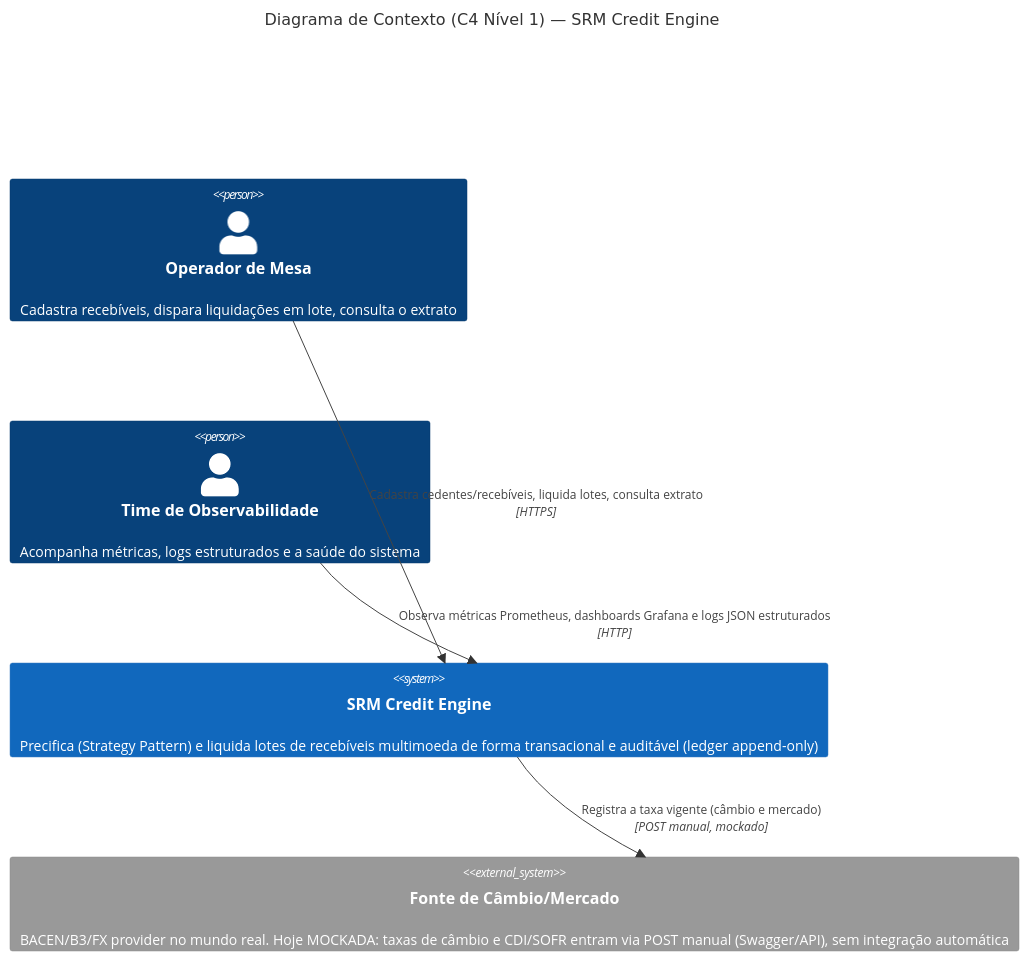
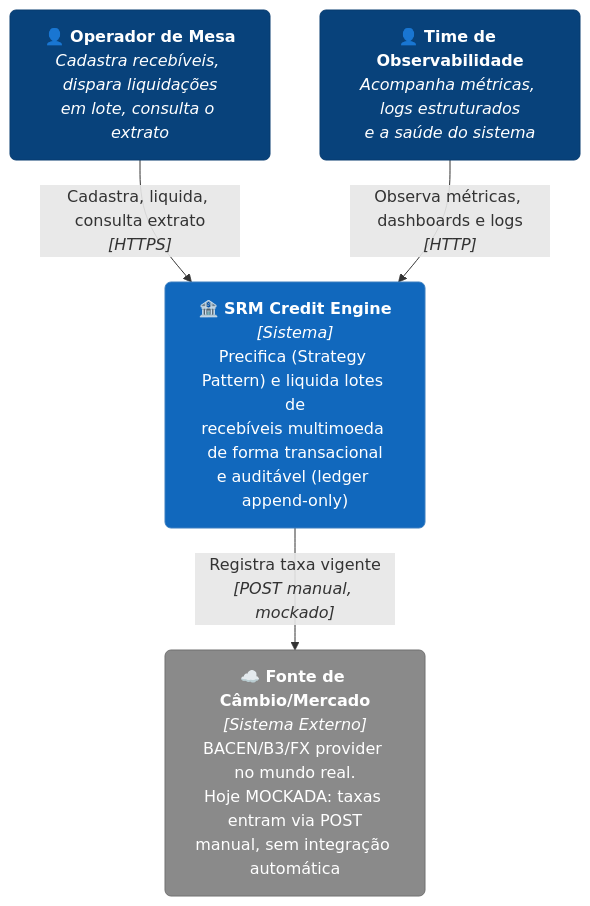
One commit to Narvaal/SRMCreditEngine changed the first of 2 diagrams in docs/diagrama-c4.md. Above: the diagram before and after it, drawn with Mermaid. The commit also changed other lines of this file, not shown here.

First line of the commit message:
docs: switch C4 diagrams from Mermaid's C4Context/C4Container to styled flowcharts

````diff
--- a/docs/diagrama-c4.md
+++ b/docs/diagrama-c4.md
@@ -11,15 +13,20 @@
 ```mermaid
-C4Context
-    title Diagrama de Contexto (C4 Nível 1) — SRM Credit Engine
+flowchart TB
+    operador["<b>👤 Operador de Mesa</b><br/><i>Cadastra recebíveis, dispara liquidações<br/>em lote, consulta o extrato</i>"]
+    sre["<b>👤 Time de Observabilidade</b><br/><i>Acompanha métricas, logs estruturados<br/>e a saúde do sistema</i>"]
 
-    Person(operador, "Operador de Mesa", "Cadastra recebíveis, dispara liquidações em lote, consulta o extrato")
-    Person(sre, "Time de Observabilidade", "Acompanha métricas, logs estruturados e a saúde do sistema")
+    srm["<b>🏦 SRM Credit Engine</b><br/><i>[Sistema]</i><br/>Precifica (Strategy Pattern) e liquida lotes de<br/>recebíveis multimoeda de forma transacional<br/>e auditável (ledger append-only)"]
 
-    System(srm, "SRM Credit Engine", "Precifica (Strategy Pattern) e liquida lotes de recebíveis multimoeda de forma transacional e auditável (ledger append-only)")
+    fonteTaxas["<b>☁️ Fonte de Câmbio/Mercado</b><br/><i>[Sistema Externo]</i><br/>BACEN/B3/FX provider no mundo real.<br/>Hoje MOCKADA: taxas entram via POST<br/>manual, sem integração automática"]
 
-    System_Ext(fonteTaxas, "Fonte de Câmbio/Mercado", "BACEN/B3/FX provider no mundo real. Hoje MOCKADA: taxas de câmbio e CDI/SOFR entram via POST manual (Swagger/API), sem integração automática")
+    operador -->|"Cadastra, liquida, consulta extrato<br/><i>[HTTPS]</i>"| srm
+    sre -->|"Observa métricas, dashboards e logs<br/><i>[HTTP]</i>"| srm
+    srm -->|"Registra taxa vigente<br/><i>[POST manual, mockado]</i>"| fonteTaxas
 
-    Rel(operador, srm, "Cadastra cedentes/recebíveis, liquida lotes, consulta extrato", "HTTPS")
-    Rel(sre, srm, "Observa métricas Prometheus, dashboards Grafana e logs JSON estruturados", "HTTP")
-    Rel(srm, fonteTaxas, "Registra a taxa vigente (câmbio e mercado)", "POST manual, mockado")
+    classDef person fill:#08427B,stroke:#073B6F,color:#fff,rx:6,ry:6
+    classDef system fill:#1168BD,stroke:#3C7FC0,color:#fff,rx:6,ry:6
+    classDef external fill:#8a8a8a,stroke:#707070,color:#fff,rx:6,ry:6
+    class operador,sre person
+    class srm system
+    class fonteTaxas external
 ```
````
